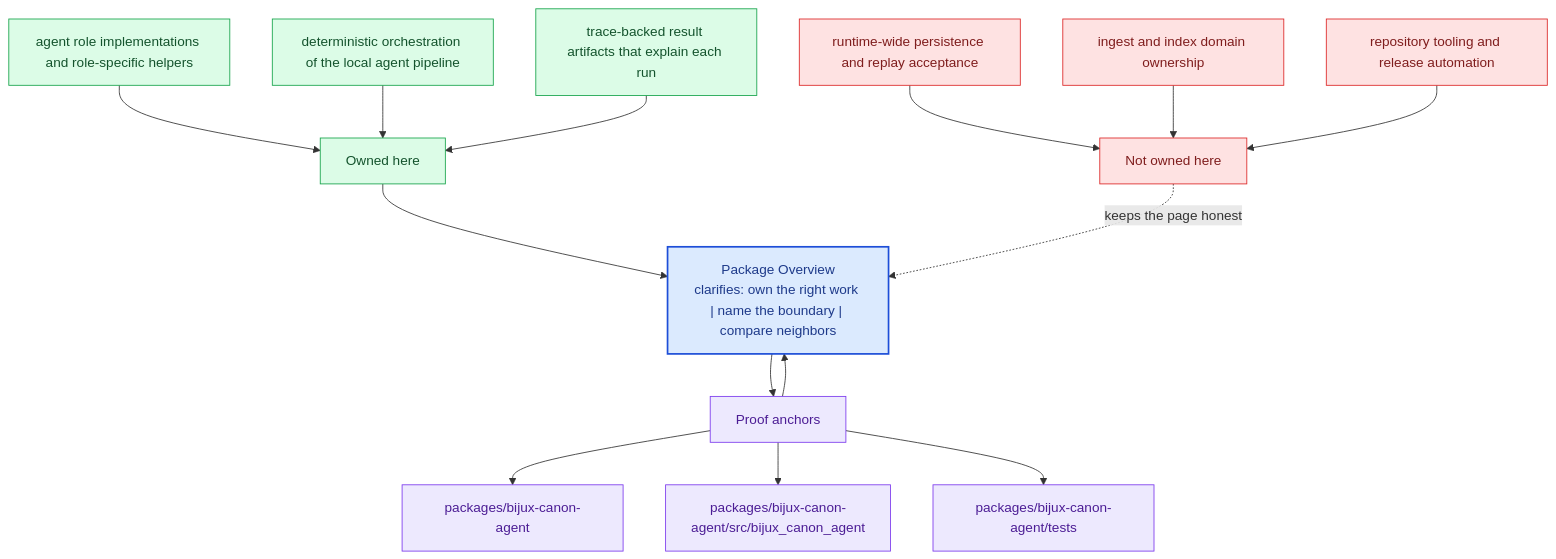
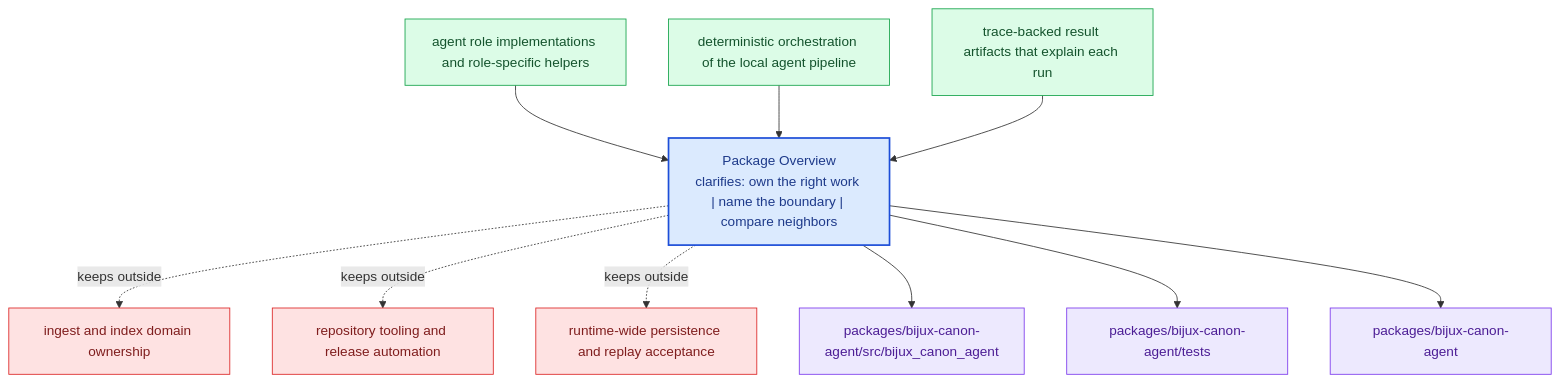
One commit to bijux/bijux-canon changed the diagram in docs/bijux-canon-agent/foundation/package-overview.md. Above: the diagram before and after it, drawn with Mermaid. The commit also changed other lines of this file and 281 other files, not shown here.

Commit message:
docs(diagrams): replace repeated mermaid scaffolds with page-specific summaries

````diff
--- a/docs/bijux-canon-agent/foundation/package-overview.md
+++ b/docs/bijux-canon-agent/foundation/package-overview.md
@@ -68,40 +23,31 @@
 ```mermaid
 flowchart TB
-    promise["Package Overview<br/>clarifies: own the right work | name the boundary | compare neighbors"]
-    classDef promise fill:#dbeafe,stroke:#1d4ed8,color:#1e3a8a,stroke-width:2px;
-    classDef driver fill:#dcfce7,stroke:#16a34a,color:#14532d;
-    classDef constraint fill:#fee2e2,stroke:#dc2626,color:#7f1d1d;
-    classDef ground fill:#ede9fe,stroke:#7c3aed,color:#4c1d95;
-    focus1["Owned here"]
-    focus1 --> promise
-    focus1_1["agent role implementations and role-specific helpers"]
-    focus1_1 --> focus1
-    focus1_2["deterministic orchestration of the local agent pipeline"]
-    focus1_2 --> focus1
-    focus1_3["trace-backed result artifacts that explain each run"]
-    focus1_3 --> focus1
-    class focus1 driver;
-    class focus1_1,focus1_2,focus1_3 driver;
-    focus2["Not owned here"]
-    focus2 -.keeps the page honest.-> promise
-    focus2_1["runtime-wide persistence and replay acceptance"]
-    focus2_1 --> focus2
-    focus2_2["ingest and index domain ownership"]
-    focus2_2 --> focus2
-    focus2_3["repository tooling and release automation"]
-    focus2_3 --> focus2
-    class focus2 constraint;
-    class focus2_1,focus2_2,focus2_3 constraint;
-    focus3["Proof anchors"]
-    focus3 --> promise
-    promise --> focus3
-    focus3_1["packages/bijux-canon-agent"]
-    focus3 --> focus3_1
-    focus3_2["packages/bijux-canon-agent/src/bijux_canon_agent"]
-    focus3 --> focus3_2
-    focus3_3["packages/bijux-canon-agent/tests"]
-    focus3 --> focus3_3
-    class focus3 ground;
-    class focus3_1,focus3_2,focus3_3 ground;
-    class promise promise;
+    page["Package Overview<br/>clarifies: own the right work | name the boundary | compare neighbors"]
+    classDef page fill:#dbeafe,stroke:#1d4ed8,color:#1e3a8a,stroke-width:2px;
+    classDef positive fill:#dcfce7,stroke:#16a34a,color:#14532d;
+    classDef caution fill:#fee2e2,stroke:#dc2626,color:#7f1d1d;
+    classDef anchor fill:#ede9fe,stroke:#7c3aed,color:#4c1d95;
+    classDef action fill:#fef3c7,stroke:#d97706,color:#7c2d12;
+    own1["agent role implementations and role-specific helpers"]
+    own1 --> page
+    own2["deterministic orchestration of the local agent pipeline"]
+    own2 --> page
+    own3["trace-backed result artifacts that explain each run"]
+    own3 --> page
+    limit1["ingest and index domain ownership"]
+    page -.keeps outside.-> limit1
+    limit2["repository tooling and release automation"]
+    page -.keeps outside.-> limit2
+    limit3["runtime-wide persistence and replay acceptance"]
+    page -.keeps outside.-> limit3
+    anchor1["packages/bijux-canon-agent/src/bijux_canon_agent"]
+    page --> anchor1
+    anchor2["packages/bijux-canon-agent/tests"]
+    page --> anchor2
+    anchor3["packages/bijux-canon-agent"]
+    page --> anchor3
+    class page page;
+    class own1,own2,own3 positive;
+    class limit1,limit2,limit3 caution;
+    class anchor1,anchor2,anchor3 anchor;
 ```
````
